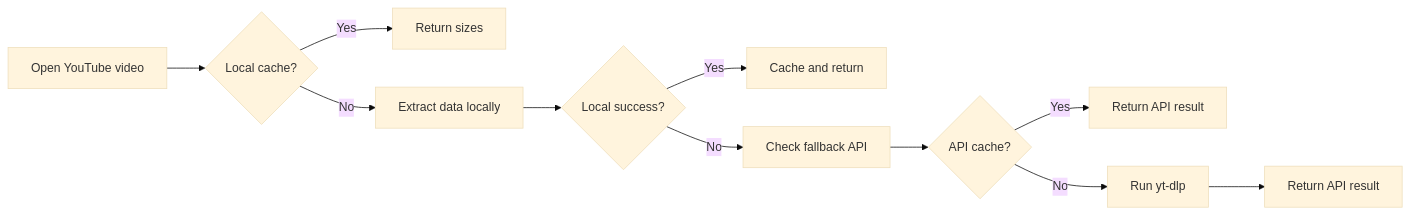
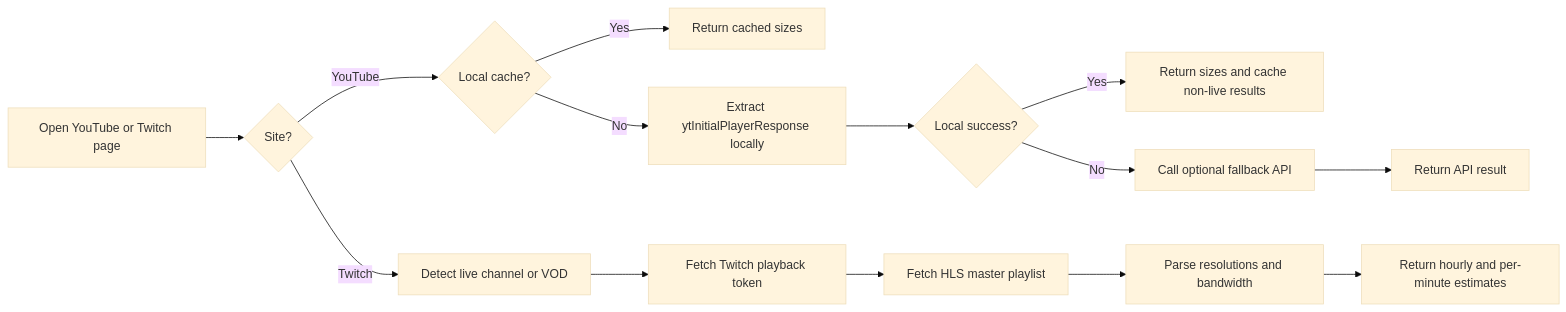
Before and after one commit to MohamedSayed0573/TubeSize_Extension: the diagram in README.md, drawn with Mermaid (base theme). The commit also changed other lines of this file, not shown here.

````diff
--- a/README.md
+++ b/README.md
@@ -78,13 +81,16 @@
 ```mermaid
 flowchart LR
-    A[Open YouTube video] --> B{Local cache?}
-    B -->|Yes| C[Return sizes]
-    B -->|No| D[Extract data locally]
-    D --> E{Local success?}
-    E -->|Yes| F[Cache and return]
-    E -->|No| G[Check fallback API]
-    G --> H{API cache?}
-    H -->|Yes| I[Return API result]
-    H -->|No| J[Run yt-dlp]
-    J --> K[Return API result]
+    A[Open YouTube or Twitch page] --> B{Site?}
+    B -->|YouTube| C{Local cache?}
+    C -->|Yes| D[Return cached sizes]
+    C -->|No| E[Extract ytInitialPlayerResponse locally]
+    E --> F{Local success?}
+    F -->|Yes| G[Return sizes and cache non-live results]
+    F -->|No| H[Call optional fallback API]
+    H --> I[Return API result]
+    B -->|Twitch| J[Detect live channel or VOD]
+    J --> K[Fetch Twitch playback token]
+    K --> L[Fetch HLS master playlist]
+    L --> M[Parse resolutions and bandwidth]
+    M --> N[Return hourly and per-minute estimates]
 ```
````
